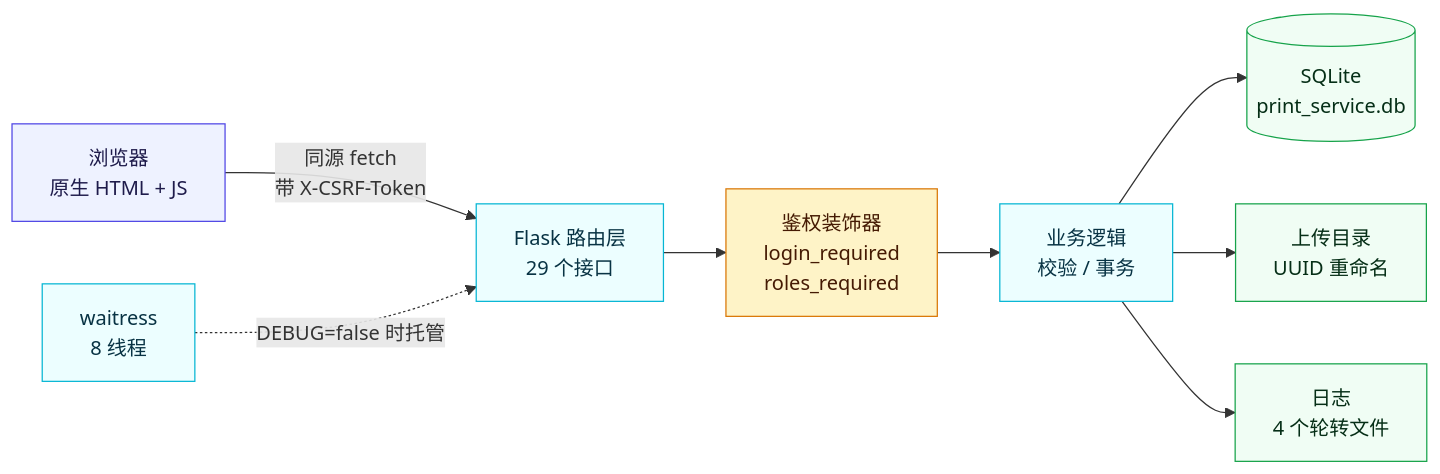
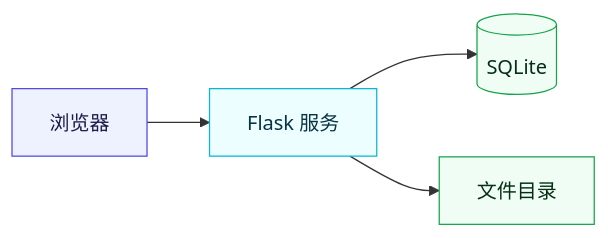
One commit to qcmb825/print-of-dorm changed the first of 2 diagrams in README.md. Above: the diagram before and after it, drawn with Mermaid. The commit also changed other lines of this file, not shown here.

````diff
--- a/README.md
+++ b/README.md
@@ -207,23 +179,15 @@
 ```mermaid
 flowchart LR
-    A["浏览器<br/>原生 HTML + JS"]:::client
-    B["Flask 路由层<br/>29 个接口"]:::server
-    C["鉴权装饰器<br/>login_required<br/>roles_required"]:::guard
-    D["业务逻辑<br/>校验 / 事务"]:::server
-    E[("SQLite<br/>print_service.db")]:::store
-    F["上传目录<br/>UUID 重命名"]:::store
-    G["日志<br/>4 个轮转文件"]:::store
-    H["waitress<br/>8 线程"]:::server
+    A["浏览器"]:::client
+    B["Flask 服务"]:::server
+    C[("SQLite")]:::store
+    D["文件目录"]:::store
 
-    A -->|"同源 fetch<br/>带 X-CSRF-Token"| B
-    B --> C --> D
-    D --> E
-    D --> F
-    D --> G
-    H -.->|"DEBUG=false 时托管"| B
+    A --> B
+    B --> C
+    B --> D
 
     classDef client fill:#EEF2FF,stroke:#4F46E5,color:#1e1b4b
     classDef server fill:#ECFEFF,stroke:#06B6D4,color:#083344
-    classDef guard fill:#FEF3C7,stroke:#D97706,color:#451a03
     classDef store fill:#F0FDF4,stroke:#16A34A,color:#052e16
 ```
````
